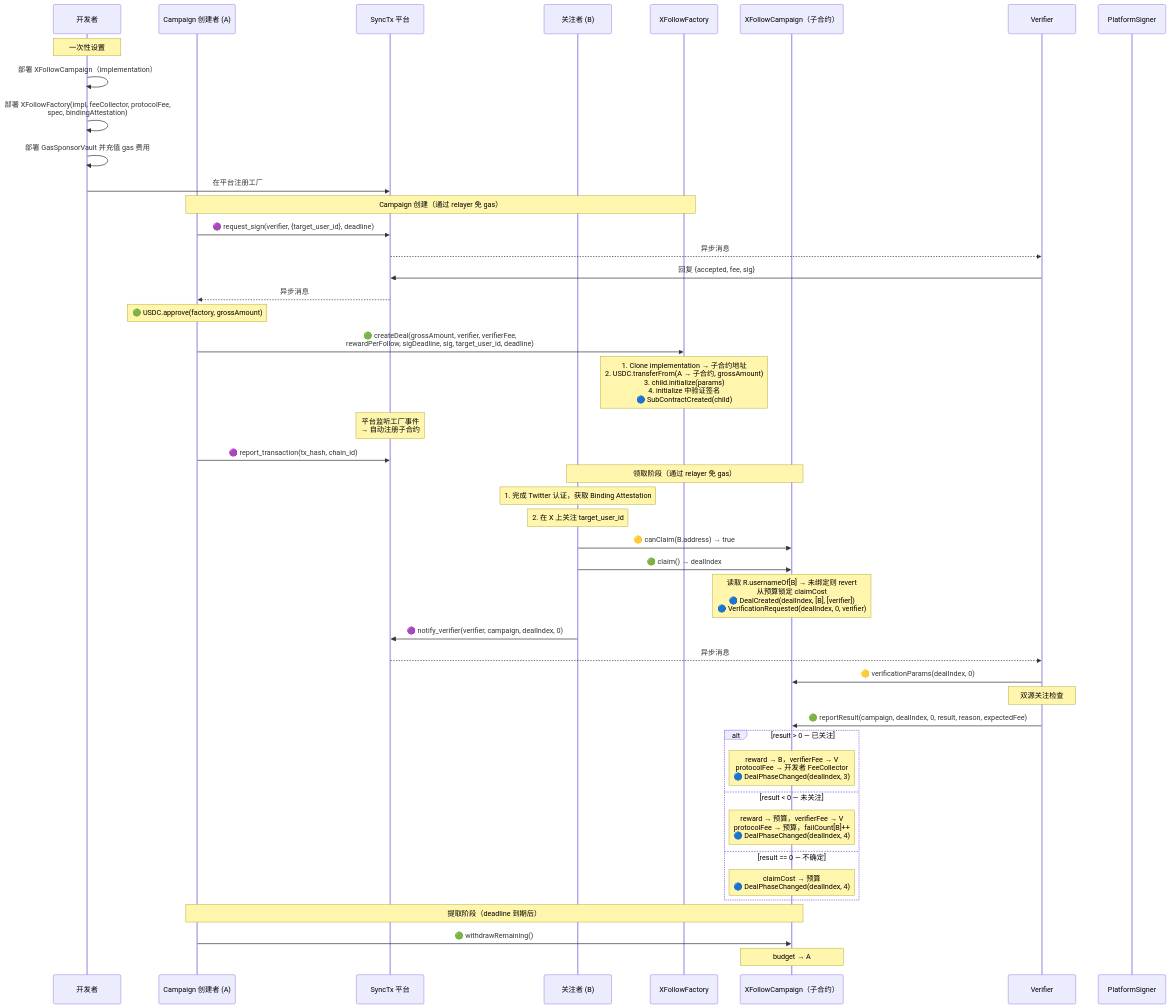
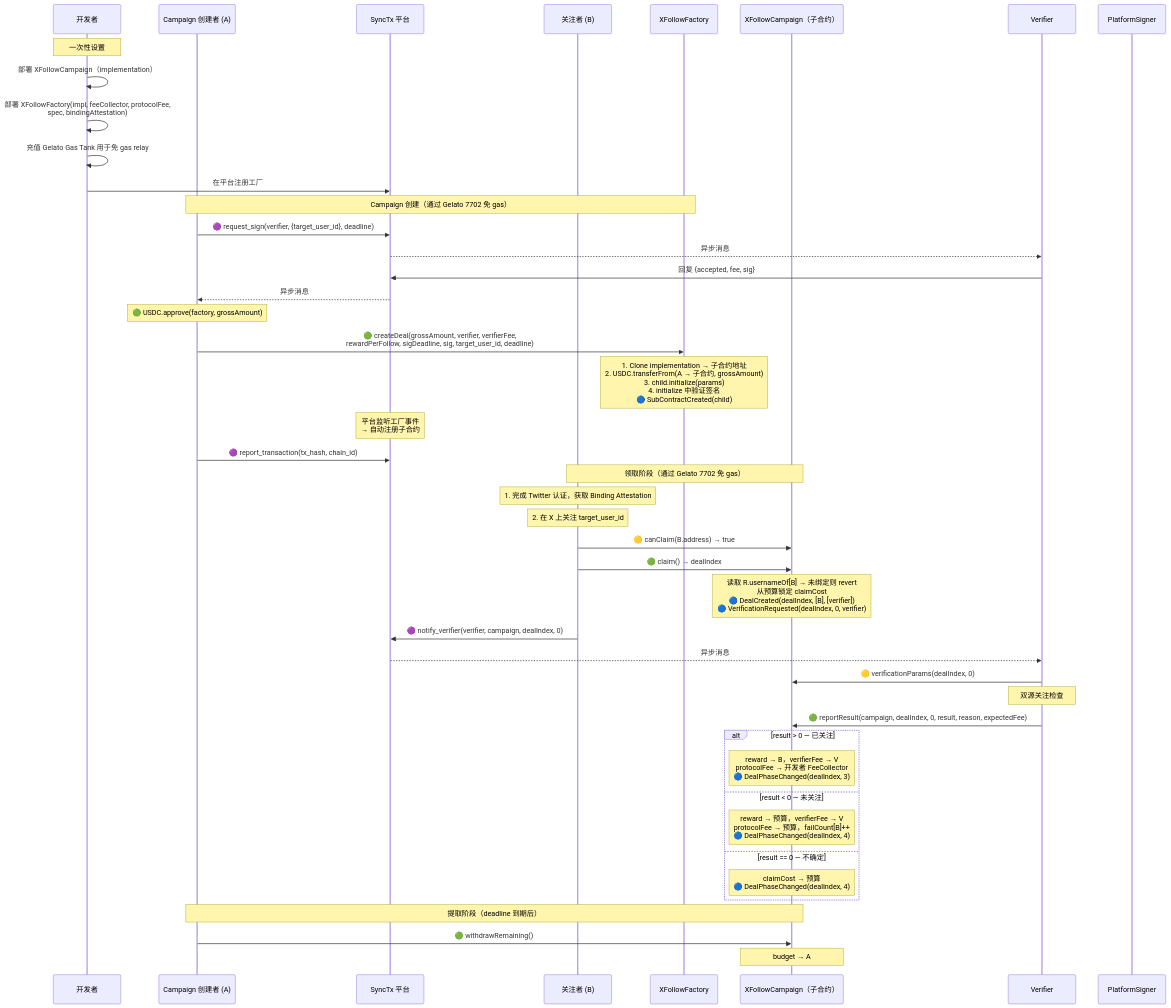
The first of 2 diagrams in examples/x-follow/x-follow-design-zh.md (synctxai/synctx), drawn with Mermaid before and after one commit. The commit also changed other lines of this file and 19 other files, not shown here.

````diff
--- a/examples/x-follow/x-follow-design-zh.md
+++ b/examples/x-follow/x-follow-design-zh.md
@@ -218,58 +218,58 @@
 ```mermaid
 sequenceDiagram
     participant Dev as 开发者
     participant A as Campaign 创建者 (A)
     participant P as SyncTx 平台
     participant B as 关注者 (B)
     participant Fac as XFollowFactory
     participant C as XFollowCampaign（子合约）
     participant V as Verifier
     participant PS as PlatformSigner
 
     Note over Dev: 一次性设置
     Dev->>Dev: 部署 XFollowCampaign（implementation）
     Dev->>Dev: 部署 XFollowFactory(impl, feeCollector, protocolFee,<br/>spec, bindingAttestation)
-    Dev->>Dev: 部署 GasSponsorVault 并充值 gas 费用
+    Dev->>Dev: 充值 Gelato Gas Tank 用于免 gas relay
     Dev->>P: 在平台注册工厂
 
-    Note over A,Fac: Campaign 创建（通过 relayer 免 gas）
+    Note over A,Fac: Campaign 创建（通过 Gelato 7702 免 gas）
 
     A->>P: 🟣 request_sign(verifier, {target_user_id}, deadline)
     P-->>V: 异步消息
     V->>P: 回复 {accepted, fee, sig}
     P-->>A: 异步消息
 
     Note over A: 🟢 USDC.approve(factory, grossAmount)
     A->>Fac: 🟢 createDeal(grossAmount, verifier, verifierFee,<br/>rewardPerFollow, sigDeadline, sig, target_user_id, deadline)
     Note over Fac: 1. Clone implementation → 子合约地址<br/>2. USDC.transferFrom(A → 子合约, grossAmount)<br/>3. child.initialize(params)<br/>4. initialize 中验证签名<br/>🔵 SubContractCreated(child)
     Note over P: 平台监听工厂事件<br/>→ 自动注册子合约
     A->>P: 🟣 report_transaction(tx_hash, chain_id)
 
-    Note over B,C: 领取阶段（通过 relayer 免 gas）
+    Note over B,C: 领取阶段（通过 Gelato 7702 免 gas）
 
     Note over B: 1. 完成 Twitter 认证，获取 Binding Attestation
     Note over B: 2. 在 X 上关注 target_user_id
     B->>C: 🟡 canClaim(B.address) → true
     B->>C: 🟢 claim() → dealIndex
     Note over C: 读取 R.usernameOf[B] → 未绑定则 revert<br/>从预算锁定 claimCost<br/>🔵 DealCreated(dealIndex, [B], [verifier])<br/>🔵 VerificationRequested(dealIndex, 0, verifier)
     B->>P: 🟣 notify_verifier(verifier, campaign, dealIndex, 0)
     P-->>V: 异步消息
 
     V->>C: 🟡 verificationParams(dealIndex, 0)
     Note over V: 双源关注检查
 
     V->>C: 🟢 reportResult(campaign, dealIndex, 0, result, reason, expectedFee)
 
     alt result > 0 — 已关注
         Note over C: reward → B，verifierFee → V<br/>protocolFee → 开发者 FeeCollector<br/>🔵 DealPhaseChanged(dealIndex, 3)
     else result < 0 — 未关注
         Note over C: reward → 预算，verifierFee → V<br/>protocolFee → 预算，failCount[B]++<br/>🔵 DealPhaseChanged(dealIndex, 4)
     else result == 0 — 不确定
         Note over C: claimCost → 预算<br/>🔵 DealPhaseChanged(dealIndex, 4)
     end
 
     Note over A,C: 提取阶段（deadline 到期后）
 
     A->>C: 🟢 withdrawRemaining()
     Note over C: budget → A
 ```
````
